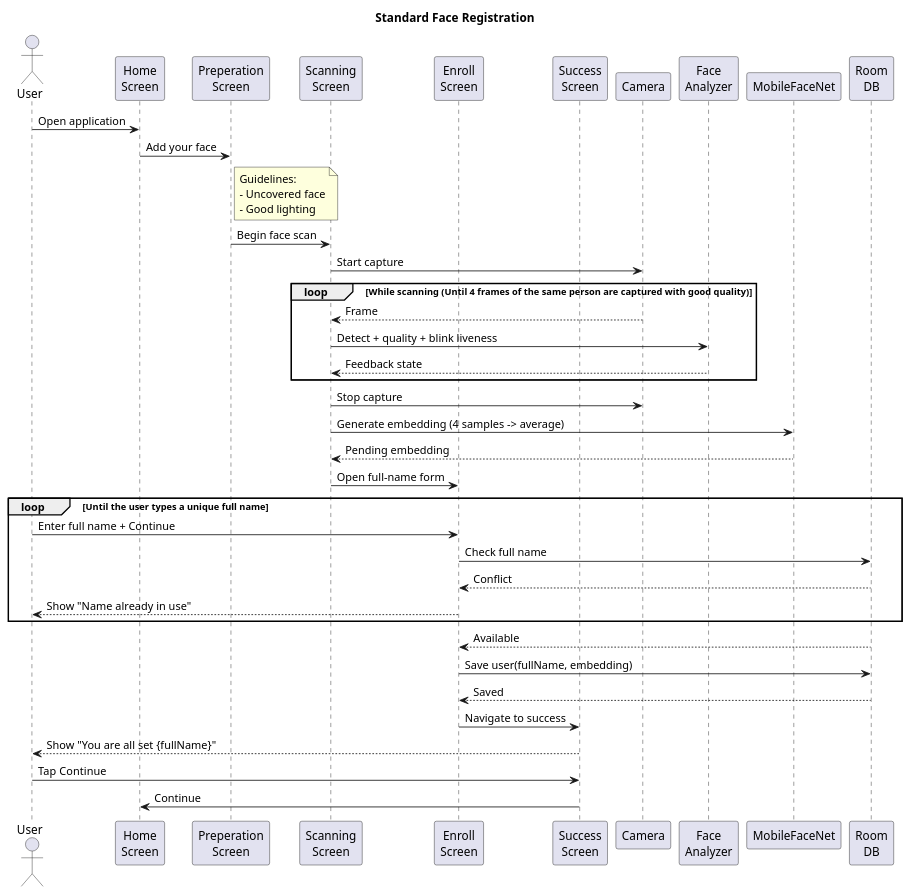
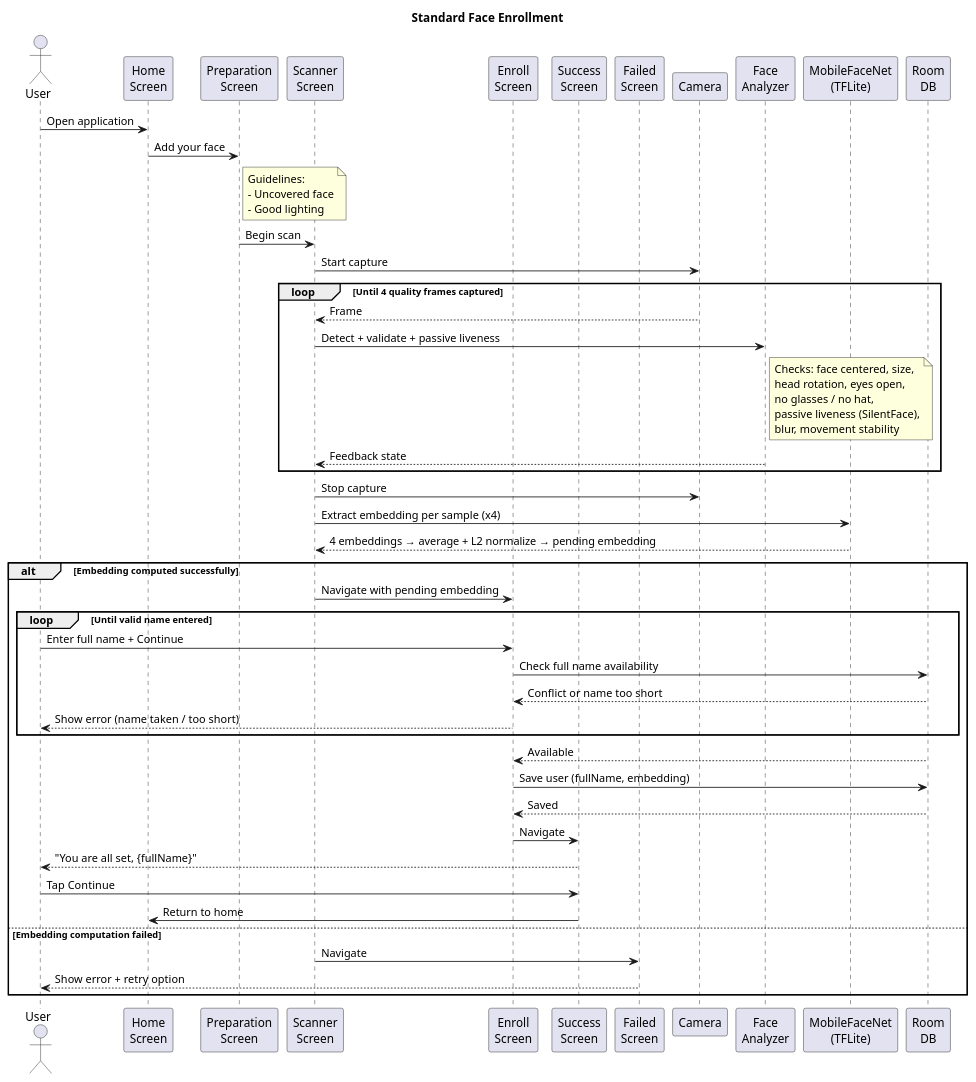
The diagram in docs/uml/sequence/registration.puml (kyriakospetr/OpsisFaceRecognition), drawn with PlantUML before and after one commit. The commit also changed 8 other files, not shown here.

Commit message:
docs(uml): add and update PlantUML diagrams for thesis documentation

```diff
--- a/docs/uml/sequence/registration.puml
+++ b/docs/uml/sequence/registration.puml
@@ -1,53 +1,68 @@
 @startuml
-title Standard Face Registration
+title Standard Face Enrollment
 
 actor User
 participant "Home\nScreen" as Home
-participant "Preperation\nScreen" as Prep
-participant "Scanning\nScreen" as Scan
+participant "Preparation\nScreen" as Prep
+participant "Scanner\nScreen" as Scan
 participant "Enroll\nScreen" as Enroll
 participant "Success\nScreen" as Success
+participant "Failed\nScreen" as Failed
 participant "Camera" as Camera
 participant "Face\nAnalyzer" as Analyzer
-participant "MobileFaceNet" as FaceNet
+participant "MobileFaceNet\n(TFLite)" as FaceNet
 participant "Room\nDB" as DB
 
 User -> Home : Open application
 Home -> Prep : Add your face
 
 note right of Prep
-Guidelines:
-- Uncovered face
-- Good lighting
+  Guidelines:
+  - Uncovered face
+  - Good lighting
 end note
 
-Prep -> Scan : Begin face scan
+Prep -> Scan : Begin scan
 Scan -> Camera : Start capture
 
-loop While scanning (Until 4 frames of the same person are captured with good quality)
-Camera --> Scan : Frame
-Scan -> Analyzer : Detect + quality + blink liveness
-Analyzer --> Scan : Feedback state
+loop Until 4 quality frames captured
+  Camera --> Scan : Frame
+  Scan -> Analyzer : Detect + validate + passive liveness
+  note right of Analyzer
+    Checks: face centered, size,
+    head rotation, eyes open,
+    no glasses / no hat,
+    passive liveness (SilentFace),
+    blur, movement stability
+  end note
+  Analyzer --> Scan : Feedback state
 end
 
 Scan -> Camera : Stop capture
-Scan -> FaceNet : Generate embedding (4 samples -> average)
-FaceNet --> Scan : Pending embedding
-Scan -> Enroll : Open full-name form
+Scan -> FaceNet : Extract embedding per sample (x4)
+FaceNet --> Scan : 4 embeddings → average + L2 normalize → pending embedding
 
-loop Until the user types a unique full name
-User -> Enroll : Enter full name + Continue
-Enroll -> DB : Check full name
-DB --> Enroll : Conflict
-Enroll --> User : Show "Name already in use"
+alt Embedding computed successfully
+  Scan -> Enroll : Navigate with pending embedding
+
+  loop Until valid name entered
+    User -> Enroll : Enter full name + Continue
+    Enroll -> DB : Check full name availability
+    DB --> Enroll : Conflict or name too short
+    Enroll --> User : Show error (name taken / too short)
+  end
+
+  DB --> Enroll : Available
+  Enroll -> DB : Save user (fullName, embedding)
+  DB --> Enroll : Saved
+  Enroll -> Success : Navigate
+  Success --> User : "You are all set, {fullName}"
+  User -> Success : Tap Continue
+  Success -> Home : Return to home
+
+else Embedding computation failed
+  Scan -> Failed : Navigate
+  Failed --> User : Show error + retry option
 end
 
-DB --> Enroll : Available
-Enroll -> DB : Save user(fullName, embedding)
-DB --> Enroll : Saved
-Enroll -> Success : Navigate to success
-Success --> User : Show "You are all set {fullName}"
-User -> Success : Tap Continue
-Success -> Home : Continue
-
 @enduml
```
